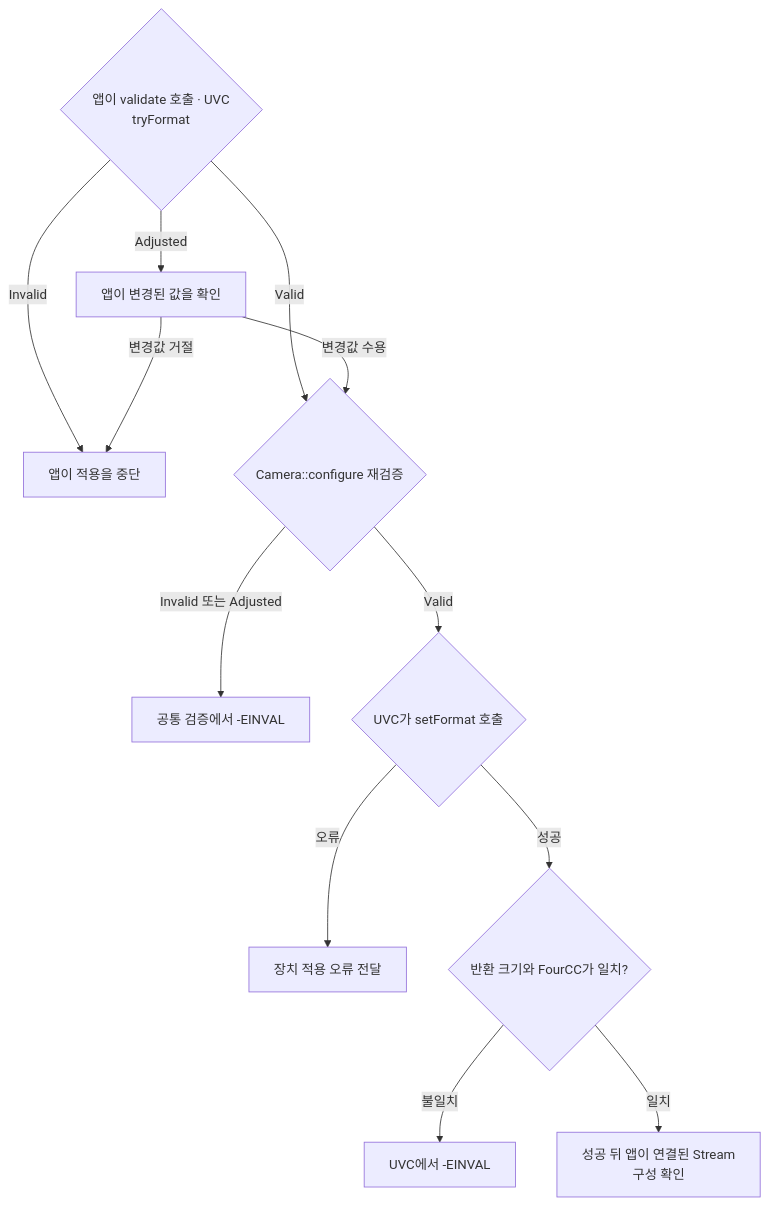
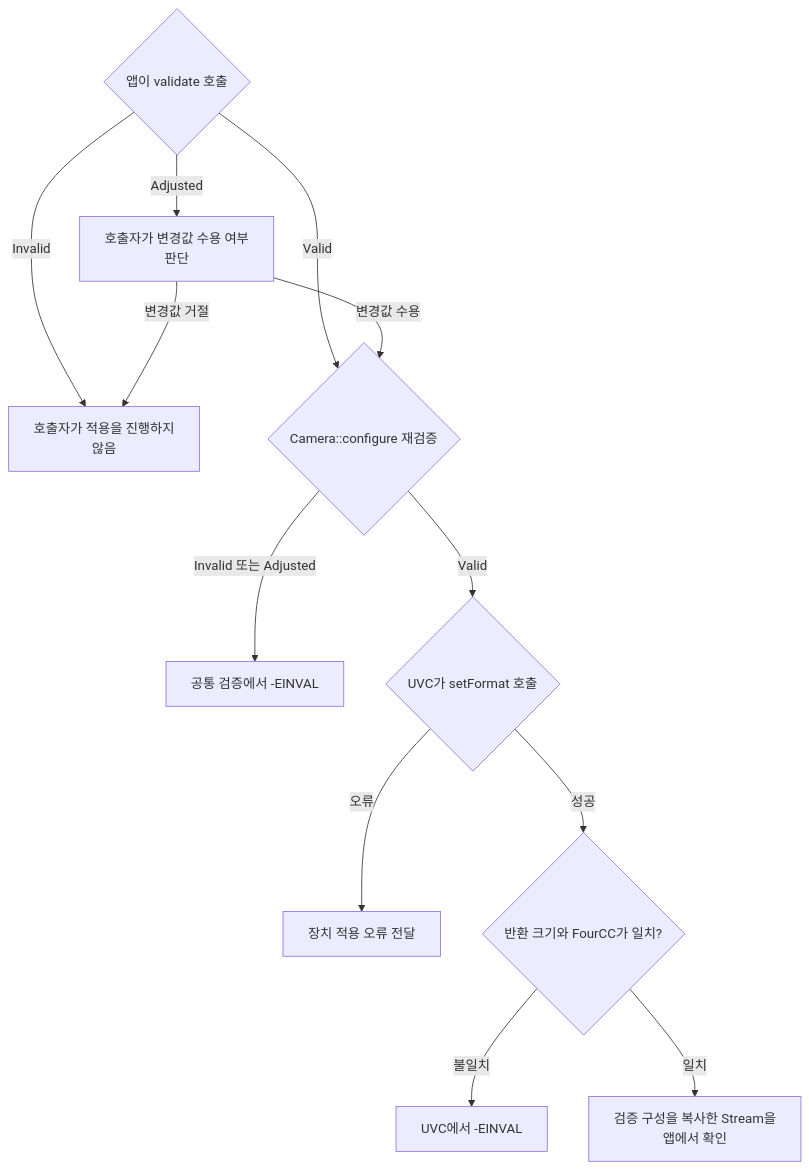
The diagram in docs/scenarios/uvc-viewfinder-configuration.uvc-viewfinder-format-checks.mmd (TTolsun/libcamera-sdd), drawn with Mermaid before and after one commit. The commit also changed 36 other files, not shown here.

Commit message:
Clarify the UVC guide example and the origin of active stream fields

```diff
--- a/docs/scenarios/uvc-viewfinder-configuration.uvc-viewfinder-format-checks.mmd
+++ b/docs/scenarios/uvc-viewfinder-configuration.uvc-viewfinder-format-checks.mmd
@@ -1,23 +1,23 @@
 flowchart TB
-%% sdd:translations {"Adjusted": "Adjusted", "Camera::configure 재검증": "Camera::configure <br/>revalidates", "Invalid": "Invalid", "Invalid 또는 Adjusted": "Invalid or Adjusted", "UVC가 setFormat 호출": "UVC calls setFormat", "UVC에서 -EINVAL": "UVC returns -EINVAL", "Valid": "Valid", "공통 검증에서 -EINVAL": "Common validation returns <br/>-EINVAL", "반환 크기와 FourCC가 일치?": "Do the returned size and <br/>FourCC match?", "변경값 거절": "Decline changes", "변경값 수용": "Accept changes", "불일치": "Mismatch", "성공": "Success", "성공 뒤 앱이 연결된 Stream <br/>구성 확인": "App reads the linked Stream <br/>configuration on success", "앱이 validate 호출 · UVC <br/>tryFormat": "App calls validate · UVC <br/>tryFormat", "앱이 변경된 값을 확인": "App checks the adjusted <br/>values", "앱이 적용을 중단": "App stops before applying", "오류": "Error", "일치": "Match", "장치 적용 오류 전달": "Forward the format-setting <br/>error"}
-  v_validate{"앱이 validate 호출 · UVC <br/>tryFormat"}
-  v_inspect["앱이 변경된 값을 확인"]
-  v_stop["앱이 적용을 중단"]
+%% sdd:translations {"Adjusted": "Adjusted", "Camera::configure 재검증": "Camera::configure <br/>revalidates", "Invalid": "Invalid", "Invalid 또는 Adjusted": "Invalid or Adjusted", "UVC가 setFormat 호출": "UVC calls setFormat", "UVC에서 -EINVAL": "UVC returns -EINVAL", "Valid": "Valid", "검증 구성을 복사한 Stream을 <br/>앱에서 확인": "App reads the Stream#39;s <br/>copied validation <br/>configuration", "공통 검증에서 -EINVAL": "Common validation returns <br/>-EINVAL", "반환 크기와 FourCC가 일치?": "Do the returned size and <br/>FourCC match?", "변경값 거절": "Decline changes", "변경값 수용": "Accept changes", "불일치": "Mismatch", "성공": "Success", "앱이 validate 호출": "App calls validate", "오류": "Error", "일치": "Match", "장치 적용 오류 전달": "Forward the format-setting <br/>error", "호출자가 변경값 수용 여부 <br/>판단": "Caller decides whether to <br/>accept changes", "호출자가 적용을 진행하지 <br/>않음": "Caller stops before applying"}
+  v_validate{"앱이 validate 호출"}
+  v_inspect["호출자가 변경값 수용 여부 <br/>판단"]
+  v_stop["호출자가 적용을 진행하지 <br/>않음"]
   v_gate{"Camera::configure 재검증"}
   v_reject["공통 검증에서 -EINVAL"]
   v_apply{"UVC가 setFormat 호출"}
   v_error["장치 적용 오류 전달"]
   v_compare{"반환 크기와 FourCC가 일치?"}
   v_mismatch["UVC에서 -EINVAL"]
-  v_linked["성공 뒤 앱이 연결된 Stream <br/>구성 확인"]
+  v_linked["검증 구성을 복사한 Stream을 <br/>앱에서 확인"]
   v_validate -->|"Adjusted"| v_inspect
   v_validate -->|"Invalid"| v_stop
   v_validate -->|"Valid"| v_gate
   v_inspect -->|"변경값 수용"| v_gate
   v_inspect -->|"변경값 거절"| v_stop
   v_gate -->|"Valid"| v_apply
   v_gate -->|"Invalid 또는 Adjusted"| v_reject
   v_apply -->|"오류"| v_error
   v_apply -->|"성공"| v_compare
   v_compare -->|"불일치"| v_mismatch
   v_compare -->|"일치"| v_linked
```
